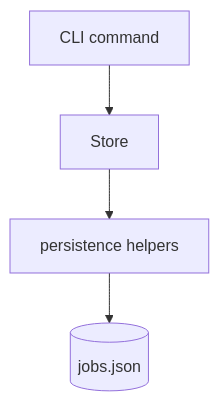
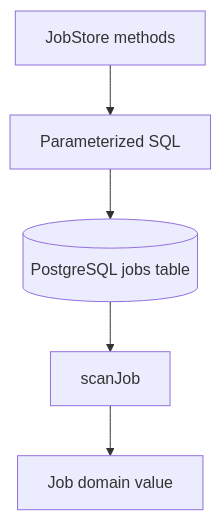
Before and after one commit to Kaushik-2005/GoFlow: the seventh of 20 diagrams in docs/design.md, drawn with Mermaid. The commit also changed other lines of this file, not shown here.

````diff
--- a/docs/design.md
+++ b/docs/design.md
@@ -125,6 +208,7 @@
 ```mermaid
 flowchart TD
-    CLI[CLI command] --> Core[Store]
-    Core --> Persistence[persistence helpers]
-    Persistence --> JSON[(jobs.json)]
+    Store[JobStore methods] --> SQL[Parameterized SQL]
+    SQL --> DB[(PostgreSQL jobs table)]
+    DB --> Scan[scanJob]
+    Scan --> Job[Job domain value]
 ```
````
